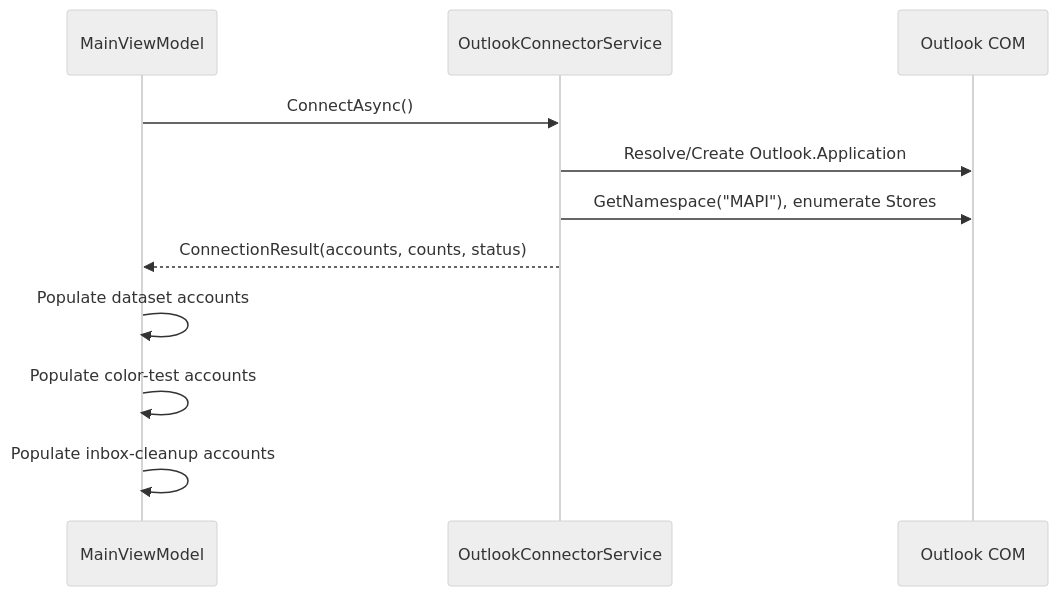
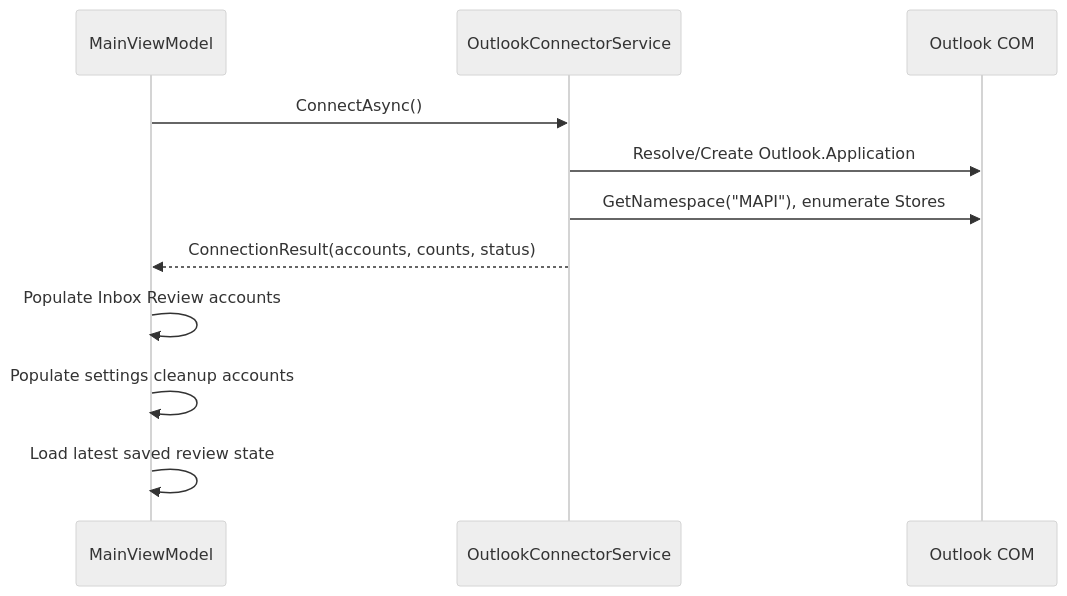
Before and after one commit to kbdarius/MailZen: the third of 6 diagrams in Docs/MailZen_Architecture_and_User_Manual.md, drawn with Mermaid (neutral theme). The commit also changed other lines of this file and 6 other files, not shown here.

Commit message:
Refocus app on inbox review and relearn

````diff
--- a/Docs/MailZen_Architecture_and_User_Manual.md
+++ b/Docs/MailZen_Architecture_and_User_Manual.md
@@ -147,14 +151,14 @@
 ```mermaid
 sequenceDiagram
     participant UI as MainViewModel
     participant OCS as OutlookConnectorService
     participant COM as Outlook COM
 
     UI->>OCS: ConnectAsync()
     OCS->>COM: Resolve/Create Outlook.Application
     OCS->>COM: GetNamespace("MAPI"), enumerate Stores
     OCS-->>UI: ConnectionResult(accounts, counts, status)
-    UI->>UI: Populate dataset accounts
-    UI->>UI: Populate color-test accounts
-    UI->>UI: Populate inbox-cleanup accounts
+    UI->>UI: Populate Inbox Review accounts
+    UI->>UI: Populate settings cleanup accounts
+    UI->>UI: Load latest saved review state
 ```
````
